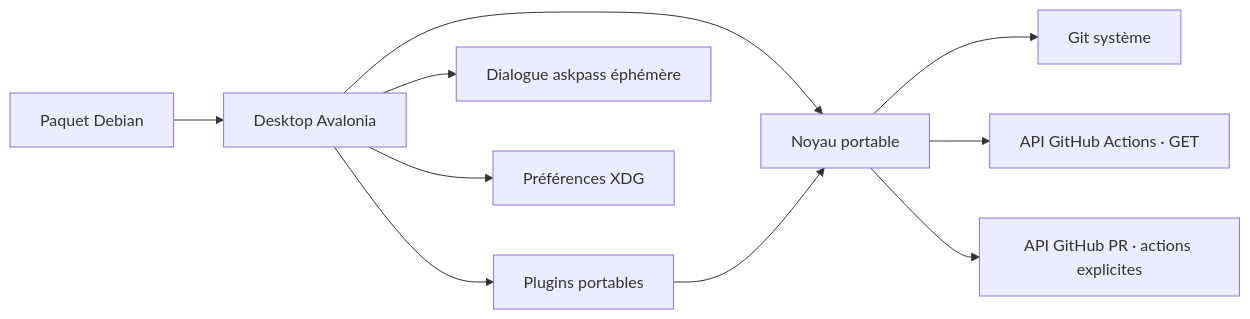
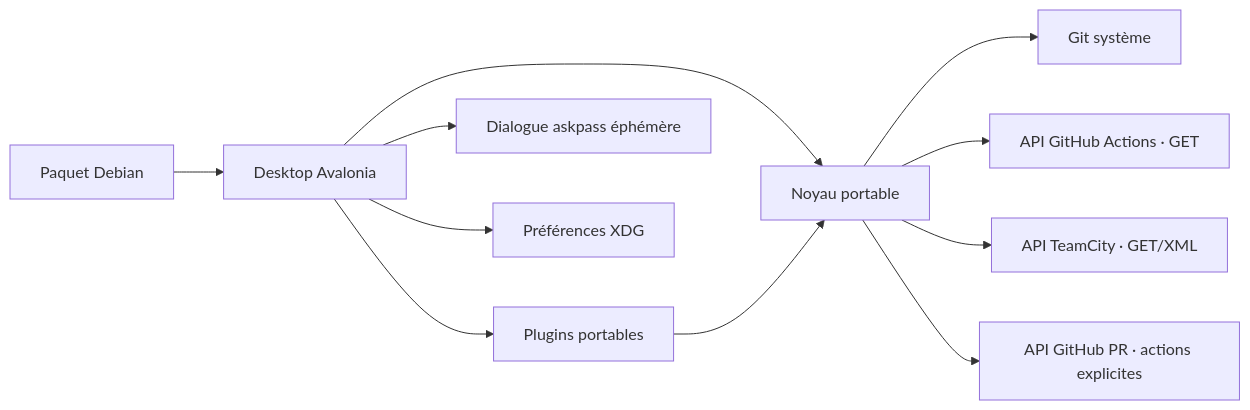
Before and after one commit to Azreal42/gitextensions: the second of 2 diagrams in .agents/docs/c4.md, drawn with Mermaid. The commit also changed other lines of this file and 11 other files, not shown here.

Commit message:
docs(linux): record TeamCity migration and verified package

````diff
--- a/.agents/docs/c4.md
+++ b/.agents/docs/c4.md
@@ -19,12 +19,13 @@
 ```mermaid
 flowchart LR
   UI[Desktop Avalonia] --> CORE[Noyau portable]
   CORE --> CLI[Git système]
   CORE --> ACTIONS[API GitHub Actions · GET]
+  CORE --> TEAMCITY[API TeamCity · GET/XML]
   CORE --> HOSTING[API GitHub PR · actions explicites]
   UI --> PLUGINS[Plugins portables]
   PLUGINS --> CORE
   UI --> AUTH[Dialogue askpass éphémère]
   UI --> XDG[Préférences XDG]
   DEB[Paquet Debian] --> UI
 ```
````
